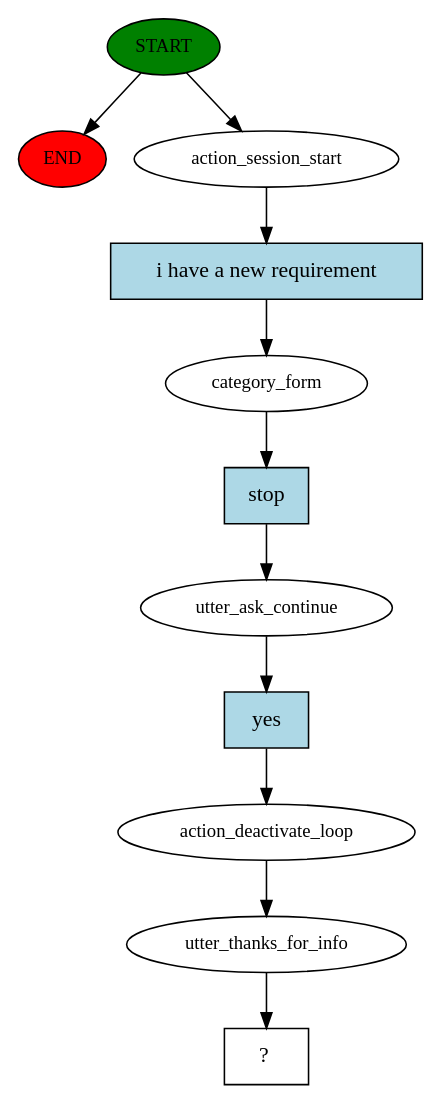
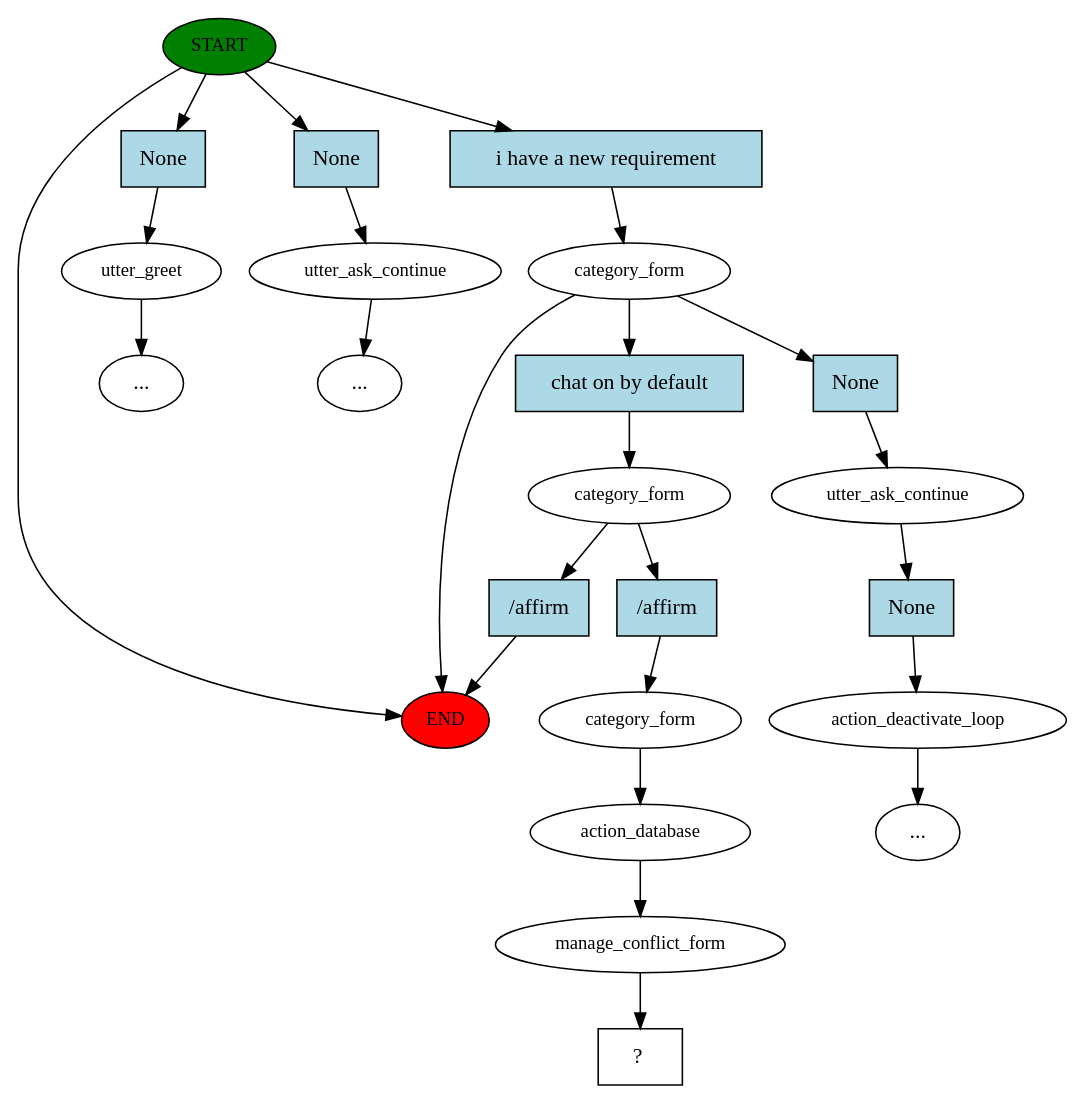
One commit to JesBec/prototype_conflict_chatbot changed the diagram in story_graph.dot. Above: the diagram before and after it, drawn with Graphviz. The commit also changed 17 other files, not shown here.

```diff
--- a/story_graph.dot
+++ b/story_graph.dot
@@ -1,23 +1,49 @@
 digraph  {
 0 [class="start active", fillcolor=green, fontsize=12, label=START, style=filled];
 "-1" [class=end, fillcolor=red, fontsize=12, label=END, style=filled];
-1 [class=active, fontsize=12, label=action_session_start];
-2 [class=active, fontsize=12, label=category_form];
-3 [class=active, fontsize=12, label=utter_ask_continue];
-4 [class=active, fontsize=12, label=action_deactivate_loop];
-5 [class=active, fontsize=12, label=utter_thanks_for_info];
-6 [class="intent dashed active", label="  ?  ", shape=rect];
-7 [class="intent active", fillcolor=lightblue, label="i have a new requirement", shape=rect, style=filled];
-8 [class="intent active", fillcolor=lightblue, label=stop, shape=rect, style=filled];
-9 [class="intent active", fillcolor=lightblue, label=yes, shape=rect, style=filled];
+1 [class="", fontsize=12, label=utter_greet];
+"-5" [class=ellipsis, label="..."];
+4 [class="", fontsize=12, label=utter_ask_continue];
+"-8" [class=ellipsis, label="..."];
+7 [class=active, fontsize=12, label=category_form];
+9 [class="", fontsize=12, label=utter_ask_continue];
+10 [class="", fontsize=12, label=action_deactivate_loop];
+"-9" [class=ellipsis, label="..."];
+12 [class=active, fontsize=12, label=category_form];
+15 [class=active, fontsize=12, label=category_form];
+16 [class=active, fontsize=12, label=action_database];
+17 [class=active, fontsize=12, label=manage_conflict_form];
+18 [class="intent dashed active", label="  ?  ", shape=rect];
+19 [class=intent, fillcolor=lightblue, label=None, shape=rect, style=filled];
+20 [class=intent, fillcolor=lightblue, label=None, shape=rect, style=filled];
+21 [class="intent active", fillcolor=lightblue, label="i have a new requirement", shape=rect, style=filled];
+22 [class=intent, fillcolor=lightblue, label=None, shape=rect, style=filled];
+23 [class="intent active", fillcolor=lightblue, label="chat on by default", shape=rect, style=filled];
+24 [class=intent, fillcolor=lightblue, label=None, shape=rect, style=filled];
+25 [class=intent, fillcolor=lightblue, label="/affirm", shape=rect, style=filled];
+26 [class="intent active", fillcolor=lightblue, label="/affirm", shape=rect, style=filled];
 0 -> "-1"  [class="", key=NONE, label=""];
-0 -> 1  [class=active, key=NONE, label=""];
-1 -> 7  [class=active, key=0];
-2 -> 8  [class=active, key=0];
-3 -> 9  [class=active, key=0];
-4 -> 5  [class=active, key=NONE, label=""];
-5 -> 6  [class=active, key=NONE, label=""];
-7 -> 2  [class=active, key=0];
-8 -> 3  [class=active, key=0];
-9 -> 4  [class=active, key=0];
+0 -> 19  [class="", key=0];
+0 -> 20  [class="", key=0];
+0 -> 21  [class=active, key=0];
+1 -> "-5"  [class="", key=NONE, label=""];
+4 -> "-8"  [class="", key=NONE, label=""];
+7 -> "-1"  [class="", key=NONE, label=""];
+7 -> 22  [class="", key=0];
+7 -> 23  [class=active, key=0];
+9 -> 24  [class="", key=0];
+10 -> "-9"  [class="", key=NONE, label=""];
+12 -> 25  [class="", key=0];
+12 -> 26  [class=active, key=0];
+15 -> 16  [class=active, key=NONE, label=""];
+16 -> 17  [class=active, key=NONE, label=""];
+17 -> 18  [class=active, key=NONE, label=""];
+19 -> 1  [class="", key=0];
+20 -> 4  [class="", key=0];
+21 -> 7  [class=active, key=0];
+22 -> 9  [class="", key=0];
+23 -> 12  [class=active, key=0];
+24 -> 10  [class="", key=0];
+25 -> "-1"  [class="", key=0];
+26 -> 15  [class=active, key=0];
 }
```
